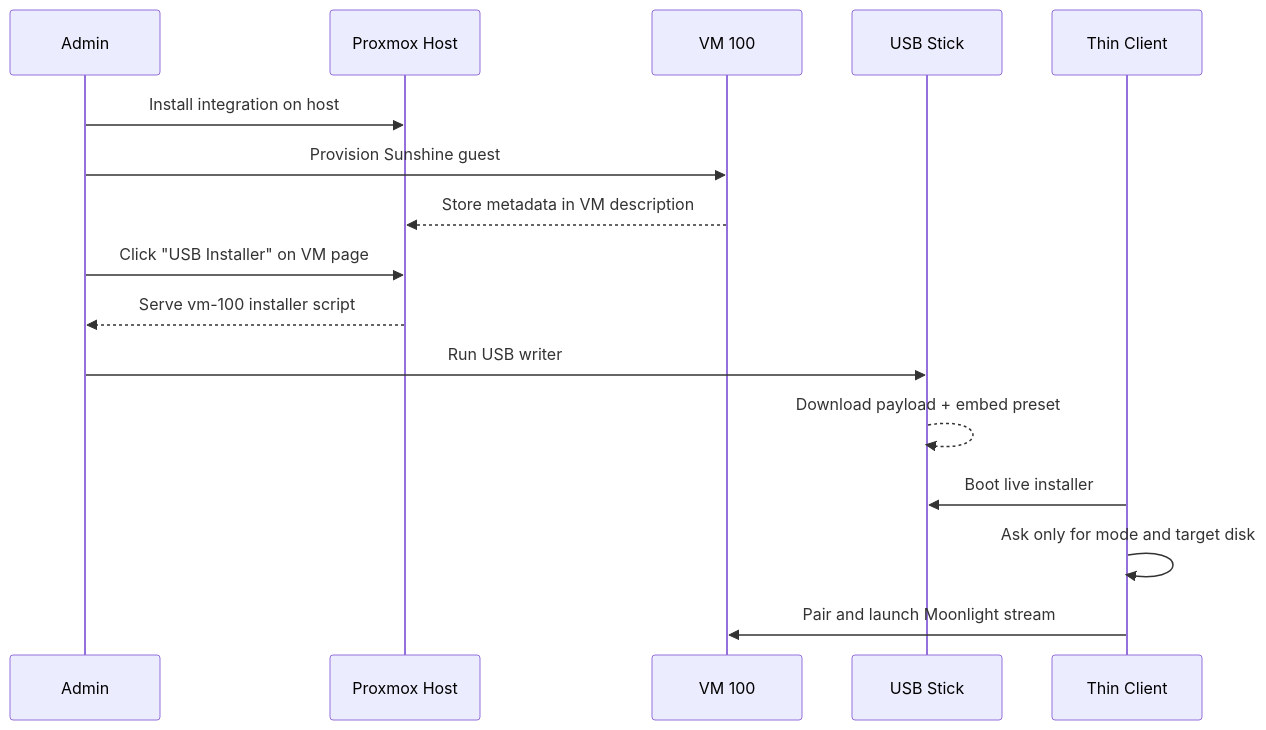
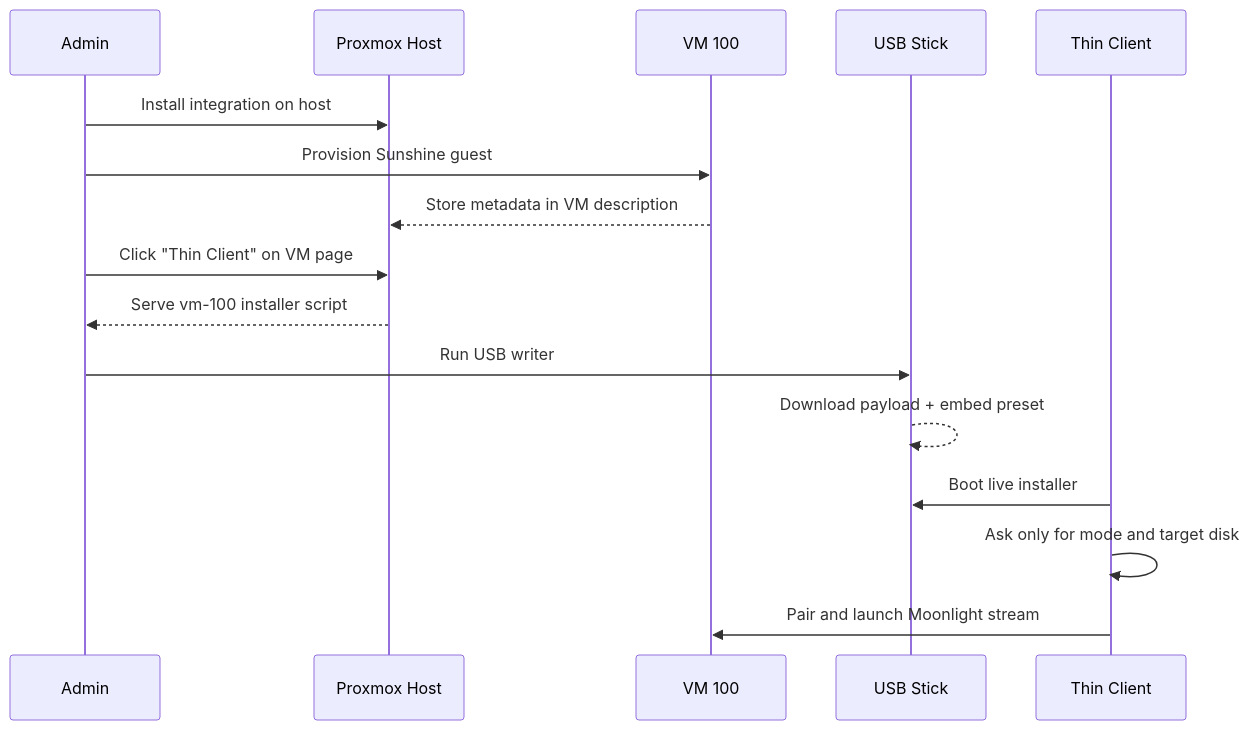
Before and after one commit to meinzeug/pve-dcv-integration: the second of 3 diagrams in README.md, drawn with Mermaid. The commit also changed other lines of this file and 2 other files, not shown here.

Commit message:
simplify: reduce proxmox ui to one thin client action

````diff
--- a/README.md
+++ b/README.md
@@ -74,19 +74,19 @@
 ```mermaid
 sequenceDiagram
     participant Admin as Admin
     participant PVE as Proxmox Host
     participant VM as VM 100
     participant Stick as USB Stick
     participant TC as Thin Client
 
     Admin->>PVE: Install integration on host
     Admin->>VM: Provision Sunshine guest
     VM-->>PVE: Store metadata in VM description
-    Admin->>PVE: Click "USB Installer" on VM page
+    Admin->>PVE: Click "Thin Client" on VM page
     PVE-->>Admin: Serve vm-100 installer script
     Admin->>Stick: Run USB writer
     Stick-->>Stick: Download payload + embed preset
     TC->>Stick: Boot live installer
     TC->>TC: Ask only for mode and target disk
     TC->>VM: Pair and launch Moonlight stream
 ```
````
